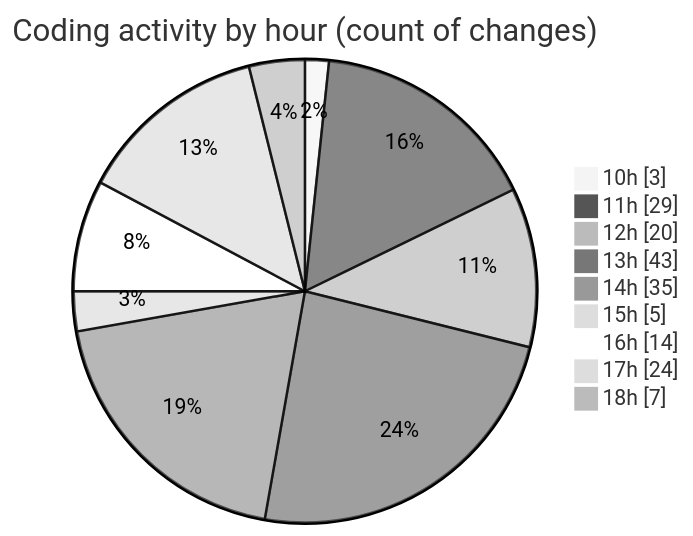
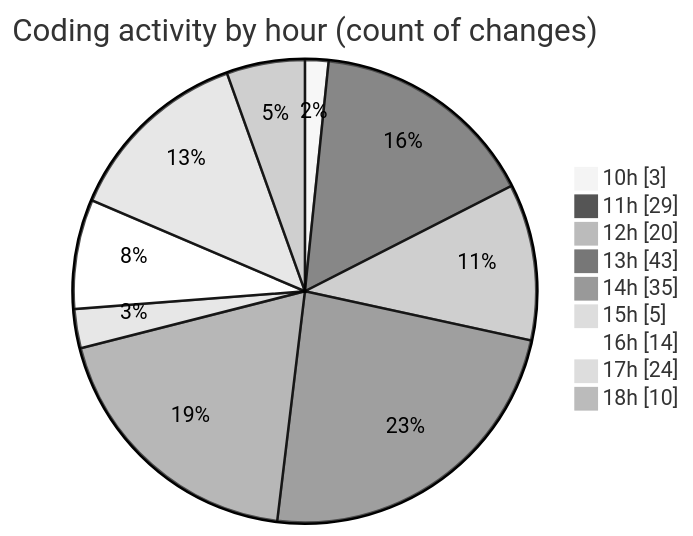
One commit to EIIisD/code-tracking changed the second of 2 diagrams in 2025-08-14/ribbon/README.md. Above: the diagram before and after it, drawn with Mermaid (neutral theme). The commit also changed other lines of this file and 1 other file, not shown here.

````diff
--- a/2025-08-14/ribbon/README.md
+++ b/2025-08-14/ribbon/README.md
@@ -41,13 +42,13 @@
 ```mermaid
 pie showData
 title Coding activity by hour (count of changes)
 "10h" : 3
 "11h" : 29
 "12h" : 20
 "13h" : 43
 "14h" : 35
 "15h" : 5
 "16h" : 14
 "17h" : 24
-"18h" : 7
+"18h" : 10
 ```
````
